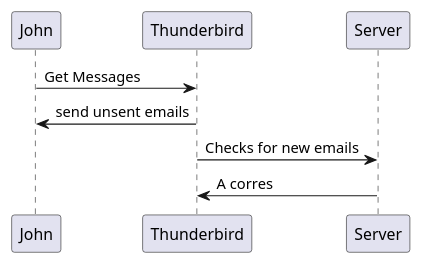
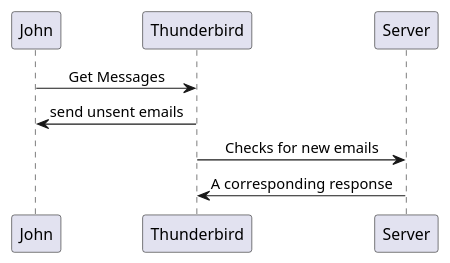
One commit to Anxiu0101/Semester4LectureNotes changed the diagram in CS335FZ-Software-Engineering-Software-Process/FinalExam/AUTUMN 2019 EXAMINATION.md. Above: the diagram before and after it, drawn with PlantUML.

Commit message:
vault backup: 2022-06-19 09:39:54

````diff
--- a/CS335FZ-Software-Engineering-Software-Process/FinalExam/AUTUMN 2019 EXAMINATION.md
+++ b/CS335FZ-Software-Engineering-Software-Process/FinalExam/AUTUMN 2019 EXAMINATION.md
@@ -33,6 +33,7 @@
 ```puml
+skinparam sequenceMessageAlign center
 John -> Thunderbird: Get Messages
 Thunderbird -> John: send unsent emails
 Thunderbird -> Server: Checks for new emails
-Server -> Thunderbird: A corres
+Server -> Thunderbird: A corresponding response
 ```
````
